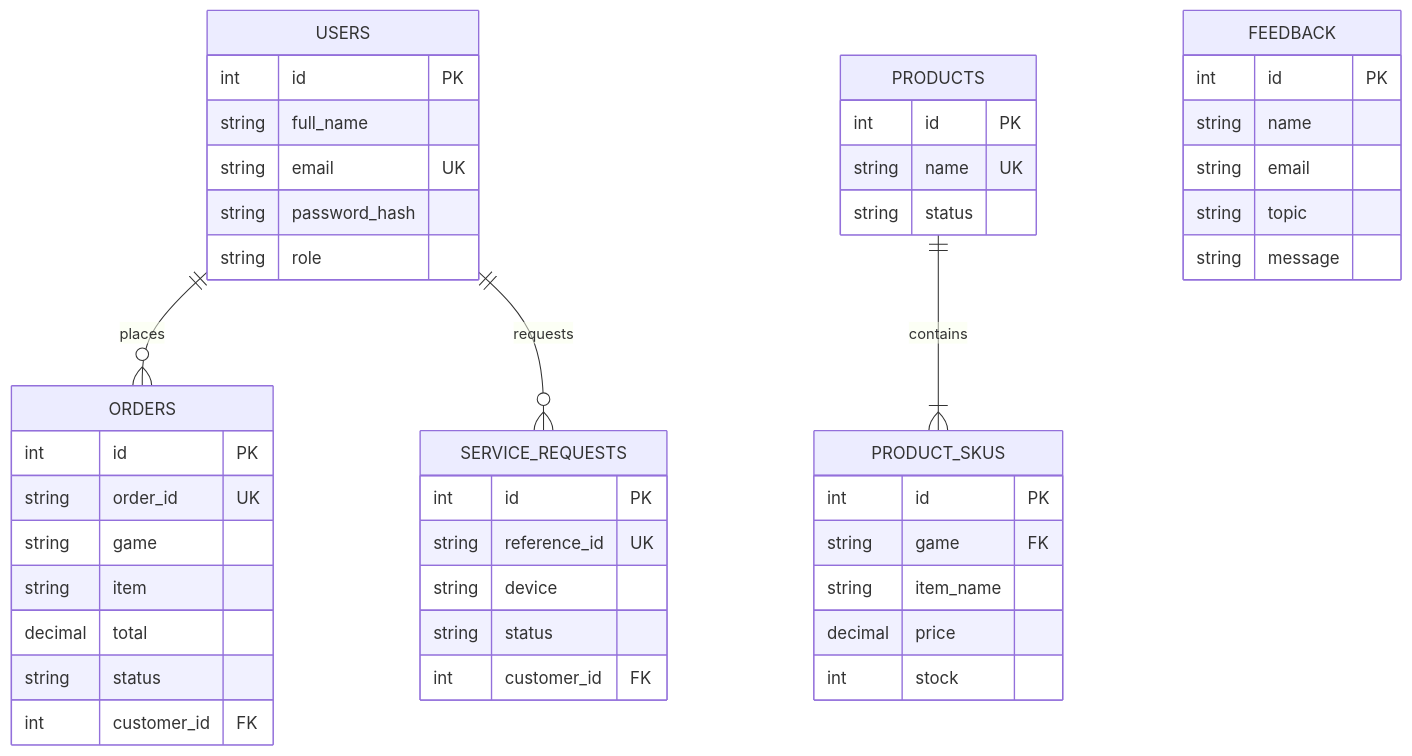
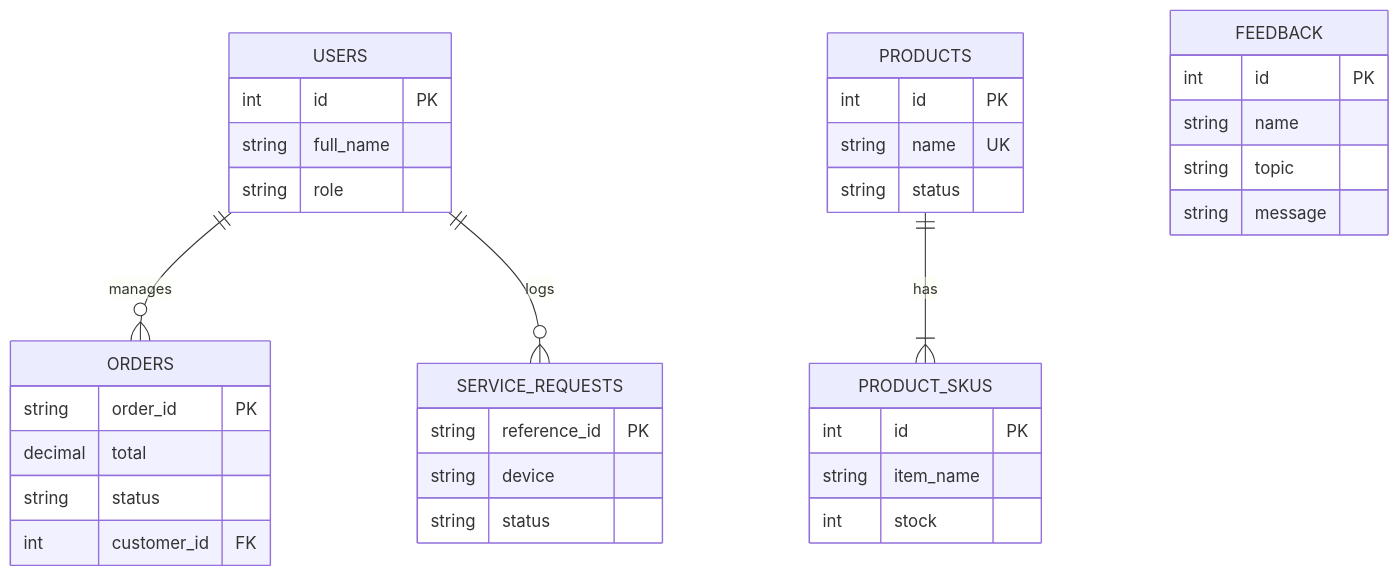
One commit to Jaylo01/tech-noblade changed the third of 3 diagrams in DOCUMENTATION.md. Above: the diagram before and after it, drawn with Mermaid. The commit also changed other lines of this file, not shown here.

````diff
--- a/DOCUMENTATION.md
+++ b/DOCUMENTATION.md
@@ -83,54 +83,45 @@
 ```mermaid
 erDiagram
-    USERS ||--o{ ORDERS : "places"
-    USERS ||--o{ SERVICE_REQUESTS : "requests"
-    PRODUCTS ||--|{ PRODUCT_SKUS : "contains"
+    %% Entities with high contrast
+    USERS ||--o{ ORDERS : "manages"
+    USERS ||--o{ SERVICE_REQUESTS : "logs"
+    PRODUCTS ||--|{ PRODUCT_SKUS : "has"
     
     USERS {
         int id PK
         string full_name
-        string email UK
-        string password_hash
         string role
     }
 
     ORDERS {
-        int id PK
-        string order_id UK
-        string game
-        string item
+        string order_id PK
         decimal total
         string status
         int customer_id FK
     }
 
     PRODUCTS {
         int id PK
         string name UK
         string status
     }
 
     PRODUCT_SKUS {
         int id PK
-        string game FK
         string item_name
-        decimal price
         int stock
     }
 
     SERVICE_REQUESTS {
-        int id PK
-        string reference_id UK
+        string reference_id PK
         string device
         string status
-        int customer_id FK
     }
 
     FEEDBACK {
         int id PK
         string name
-        string email
         string topic
         string message
     }
 ```
````
